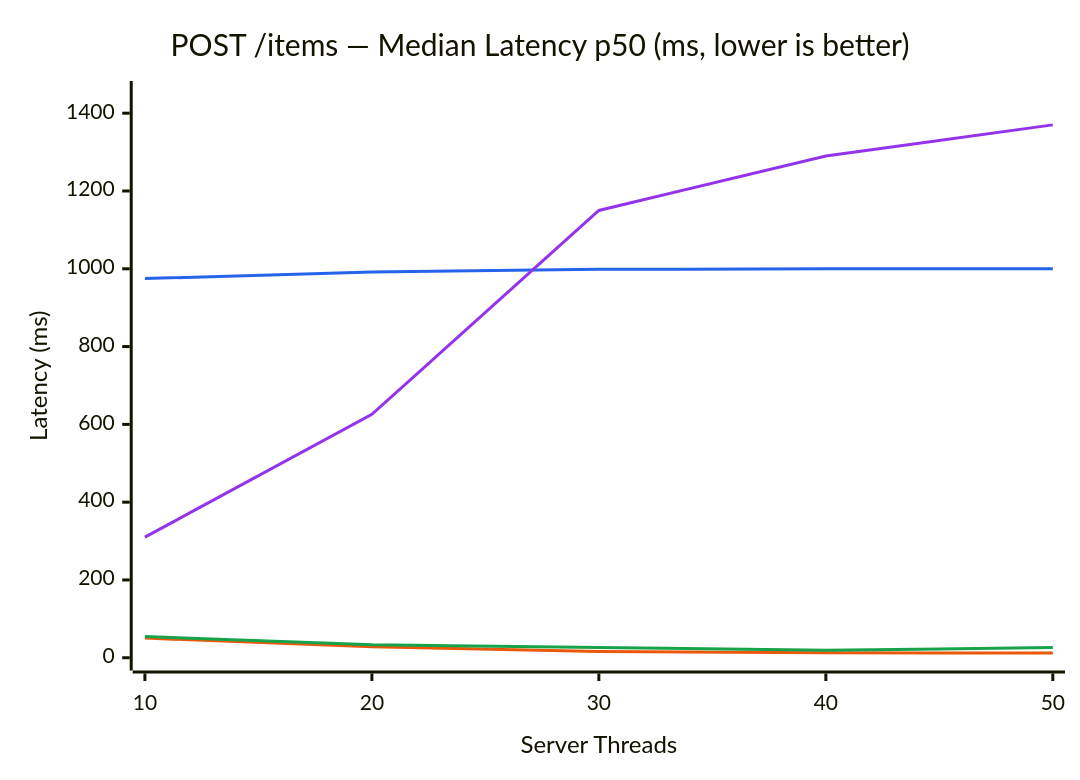
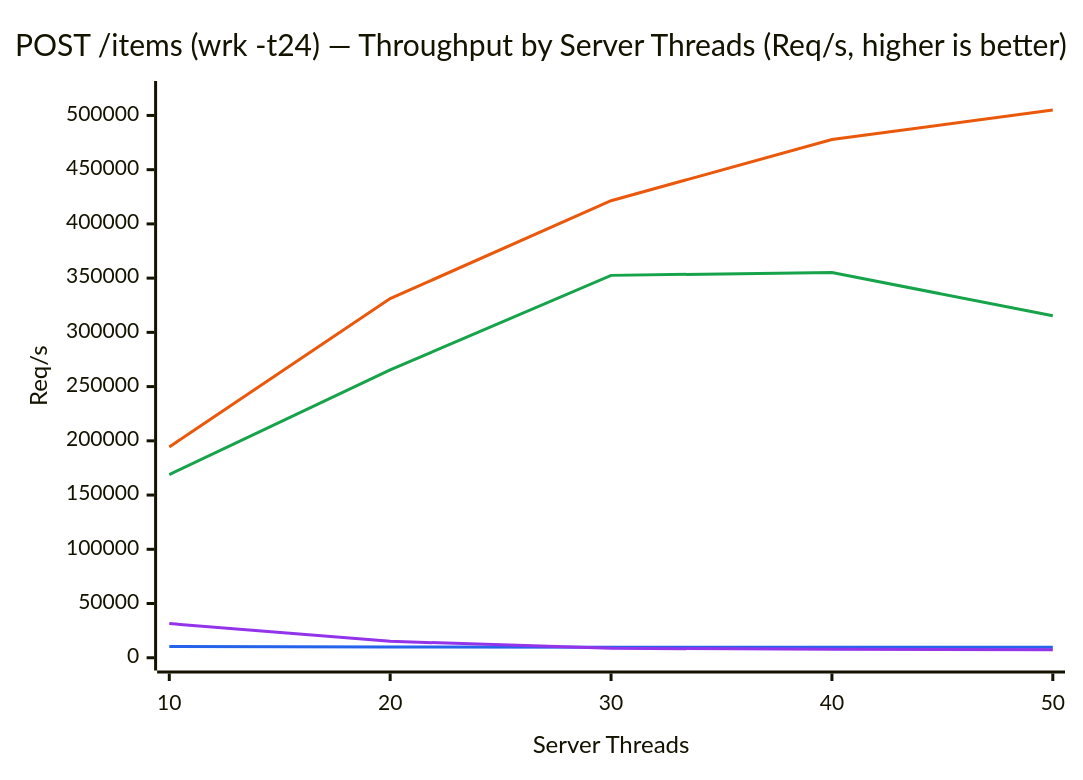
The second of 4 diagrams in README.md (erlpython/epython), drawn with Mermaid before and after one commit. The commit also changed other lines of this file, not shown here.

````diff
--- a/README.md
+++ b/README.md
@@ -35,16 +89,16 @@
 ```mermaid
 ---
 config:
   themeVariables:
     xyChart:
       plotColorPalette: "#ea580c, #16a34a, #2563eb, #9333ea"
 ---
 xychart-beta
-    title "POST /items — Median Latency p50 (ms, lower is better)"
+    title "POST /items (wrk -t24) — Throughput by Server Threads (Req/s, higher is better)"
     x-axis "Server Threads" ["10", "20", "30", "40", "50"]
-    y-axis "Latency (ms)" 0 --> 1450
-    line [50.46, 28.47, 16.21, 12.93, 12.09]
-    line [54.64, 33.56, 26.35, 19.04, 26.05]
-    line [974.89, 991.63, 998.53, 1000.00, 1000.00]
-    line [310.02, 625.85, 1150.00, 1290.00, 1370.00]
+    y-axis "Req/s" 0 --> 520000
+    line [194391, 331119, 421401, 477779, 505087]
+    line [168933, 265390, 352548, 355248, 315231]
+    line [10398, 9926, 9699, 9749, 9694]
+    line [31543, 15186, 8727, 7794, 7272]
 ```
````
